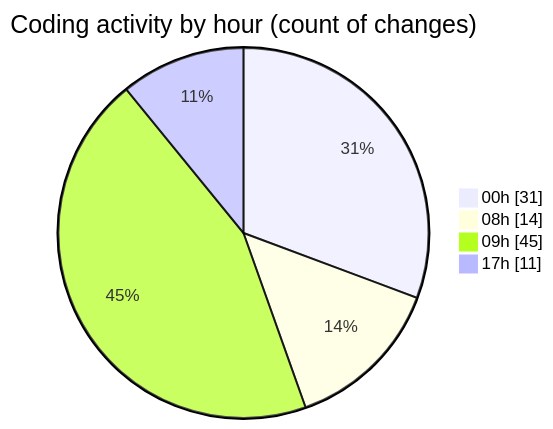
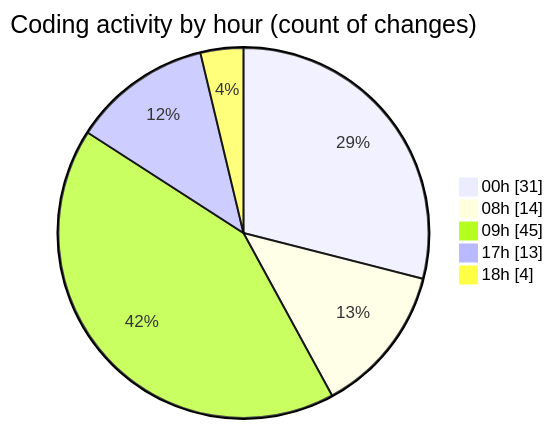
The second of 2 diagrams in 2025-08-03/studybuddy/README.md (lephambinh05/code-tracking), drawn with Mermaid before and after one commit. The commit also changed other lines of this file and 1 other file, not shown here.

````diff
--- a/2025-08-03/studybuddy/README.md
+++ b/2025-08-03/studybuddy/README.md
@@ -64,8 +64,9 @@
 ```mermaid
 pie showData
 title Coding activity by hour (count of changes)
 "00h" : 31
 "08h" : 14
 "09h" : 45
-"17h" : 11
+"17h" : 13
+"18h" : 4
 ```
````
